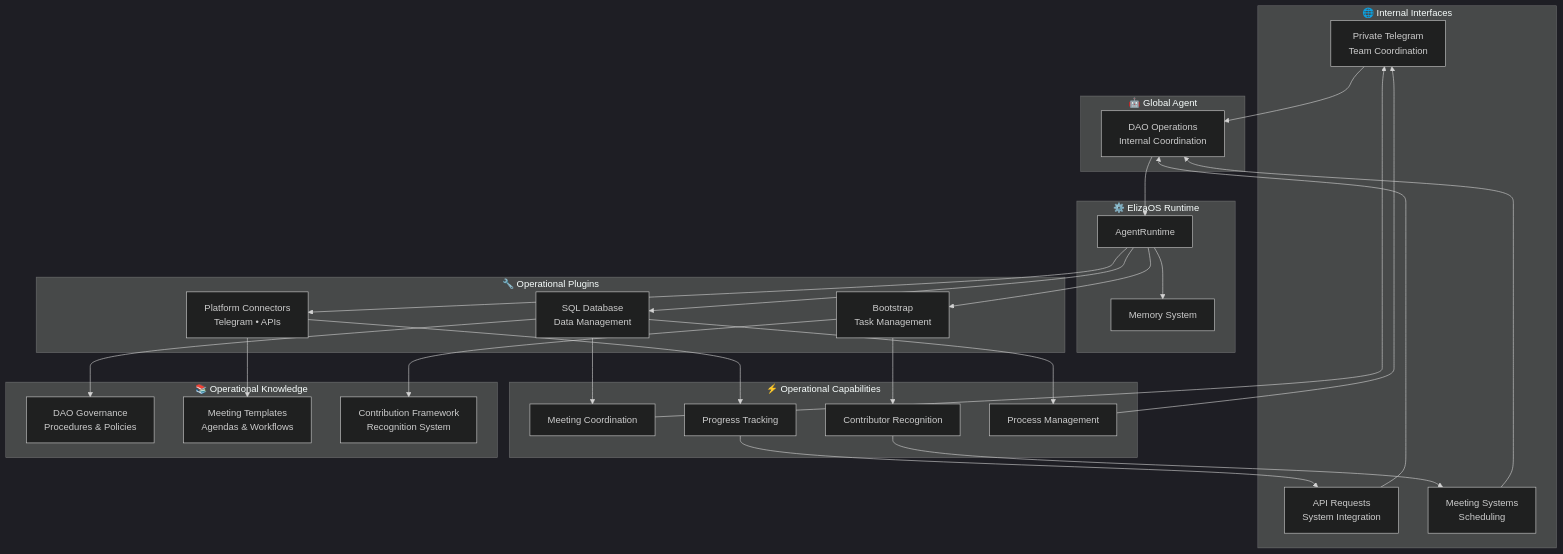
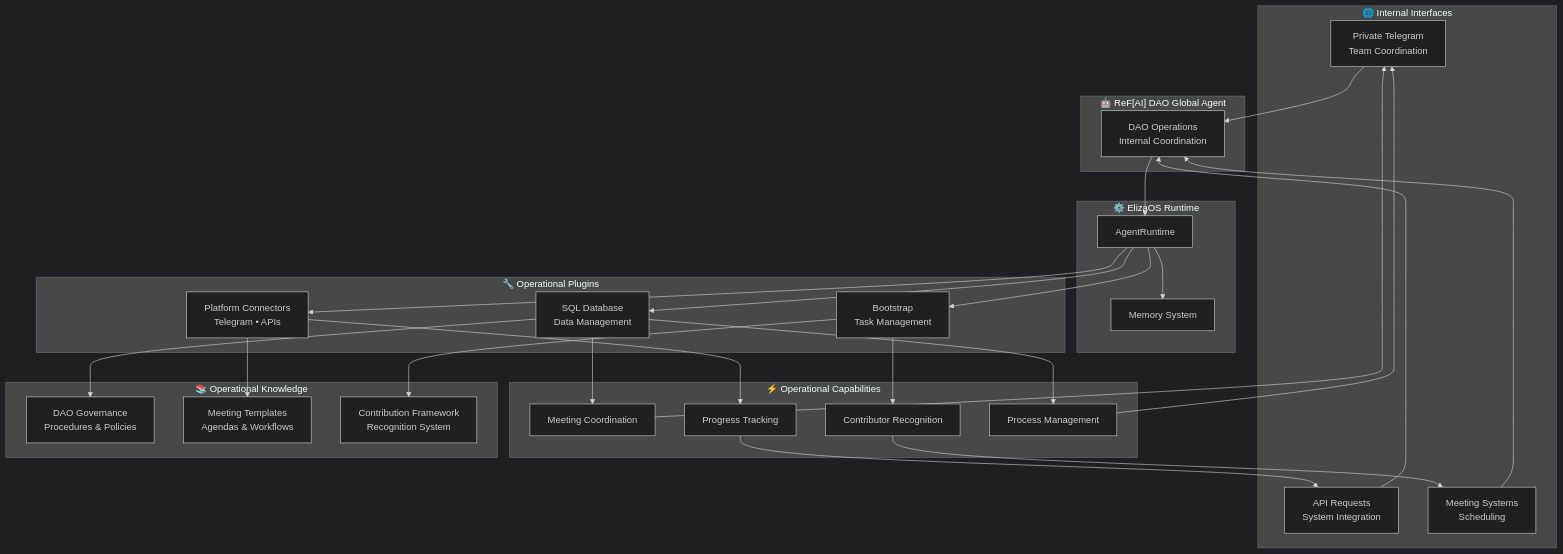
Before and after one commit to ReFiDAO/regen_eliza-refi_dao: the fourth of 4 diagrams in README.md, drawn with Mermaid (dark theme). The commit also changed other lines of this file, not shown here.

First line of the commit message:
fix: Restore original ReF[AI] agent naming convention

````diff
--- a/README.md
+++ b/README.md
@@ -254,67 +254,67 @@
 ```mermaid
 graph TB
     %% External Interfaces - Internal Focus
     subgraph "🌐 Internal Interfaces"
         INT1[Private Telegram<br/>Team Coordination]
         INT2[API Requests<br/>System Integration]
         INT3[Meeting Systems<br/>Scheduling]
     end
     
-    %% Global Agent
-    subgraph "🤖 Global Agent"
+    %% ReF[AI] DAO Global Agent
+    subgraph "🤖 ReF[AI] DAO Global Agent"
         GA[DAO Operations<br/>Internal Coordination]
     end
     
     %% ElizaOS Runtime
     subgraph "⚙️ ElizaOS Runtime"
         RT3[AgentRuntime]
         MEM3[Memory System]
     end
     
     %% Operational Plugins
     subgraph "🔧 Operational Plugins"
         PLG7[SQL Database<br/>Data Management]
         PLG8[Platform Connectors<br/>Telegram • APIs]
         PLG9[Bootstrap<br/>Task Management]
     end
     
     %% Operational Capabilities
     subgraph "⚡ Operational Capabilities"
         CAP9[Meeting Coordination]
         CAP10[Progress Tracking]
         CAP11[Contributor Recognition]
         CAP12[Process Management]
     end
     
     %% Operational Knowledge
     subgraph "📚 Operational Knowledge"
         KB7[DAO Governance<br/>Procedures & Policies]
         KB8[Meeting Templates<br/>Agendas & Workflows]
         KB9[Contribution Framework<br/>Recognition System]
     end
     
     %% Data Flow
     INT1 --> GA
     INT2 --> GA
     INT3 --> GA
     
     GA --> RT3
     RT3 --> PLG7
     RT3 --> PLG8
     RT3 --> PLG9
     RT3 --> MEM3
     
     PLG7 --> KB7
     PLG8 --> KB8
     PLG9 --> KB9
     
     PLG7 --> CAP9
     PLG8 --> CAP10
     PLG9 --> CAP11
     PLG7 --> CAP12
     
     CAP9 --> INT1
     CAP10 --> INT2
     CAP11 --> INT3
     CAP12 --> INT1
 ```
````
